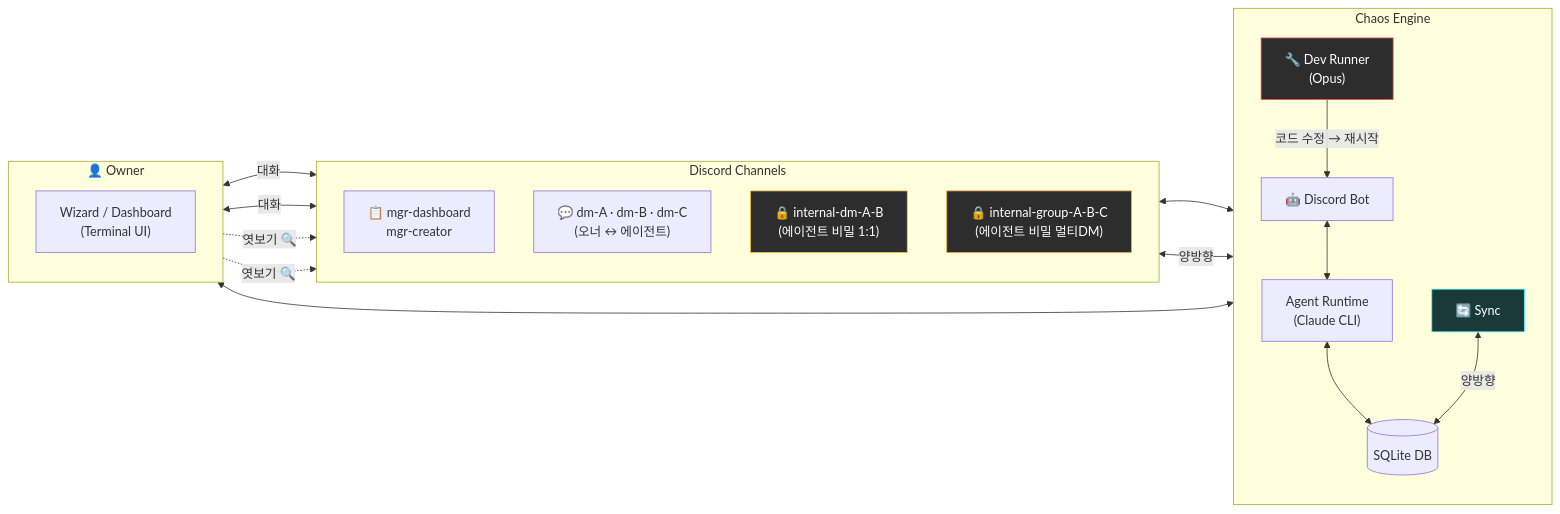
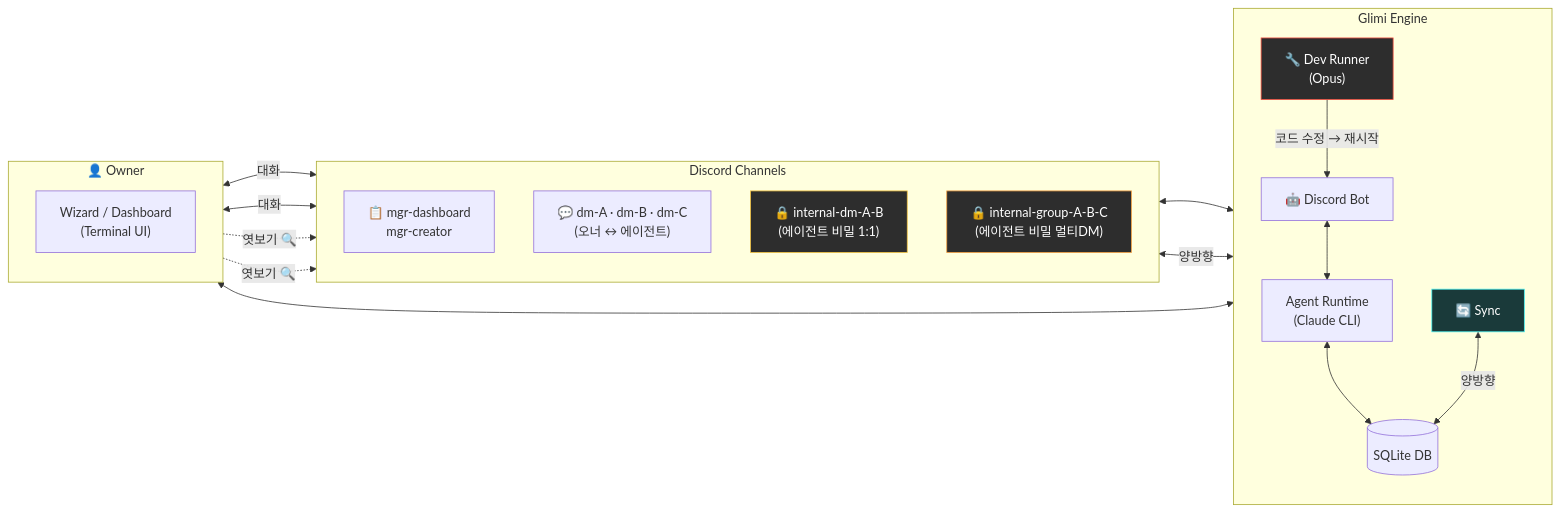
Before and after one commit to je-empty/Glimi: the first of 2 diagrams in README.ko.md, drawn with Mermaid. The commit also changed other lines of this file and 25 other files, not shown here.

First line of the commit message:
Rename: Project Chaos → Project Glimi

````diff
--- a/README.ko.md
+++ b/README.ko.md
@@ -59,38 +59,38 @@
 ```mermaid
 flowchart LR
     subgraph Owner["👤 Owner"]
         direction TB
         O_TUI["Wizard / Dashboard\n(Terminal UI)"]
     end
 
-    subgraph Engine["Chaos Engine"]
+    subgraph Engine["Glimi Engine"]
         direction TB
         Bot["🤖 Discord Bot"]
         Runtime["Agent Runtime\n(Claude CLI)"]
         DB[("SQLite DB")]
         Sync["🔄 Sync"]
         DevRunner["🔧 Dev Runner\n(Opus)"]
     end
 
     subgraph Discord["Discord Channels"]
         direction TB
         Mgr["📋 mgr-dashboard\nmgr-creator"]
         DM["💬 dm-A · dm-B · dm-C\n(오너 ↔ 에이전트)"]
         SecDM["🔒 internal-dm-A-B\n(에이전트 비밀 1:1)"]
         SecGrp["🔒 internal-group-A-B-C\n(에이전트 비밀 멀티DM)"]
     end
 
     Owner <-->|"대화"| Mgr & DM
     Owner -.->|"엿보기 🔍"| SecDM & SecGrp
     O_TUI <--> Bot
     Discord <--> Bot
     Bot <--> Runtime
     Runtime <--> DB
     Sync <-->|"양방향"| DB & Discord
     DevRunner -->|"코드 수정 → 재시작"| Bot
 
     style SecDM fill:#2d2d2d,stroke:#f5c542,color:#fff
     style SecGrp fill:#2d2d2d,stroke:#f5a142,color:#fff
     style DevRunner fill:#2d2d2d,stroke:#f55142,color:#fff
     style Sync fill:#1a3a3a,stroke:#4af5f5,color:#fff
 ```
````
